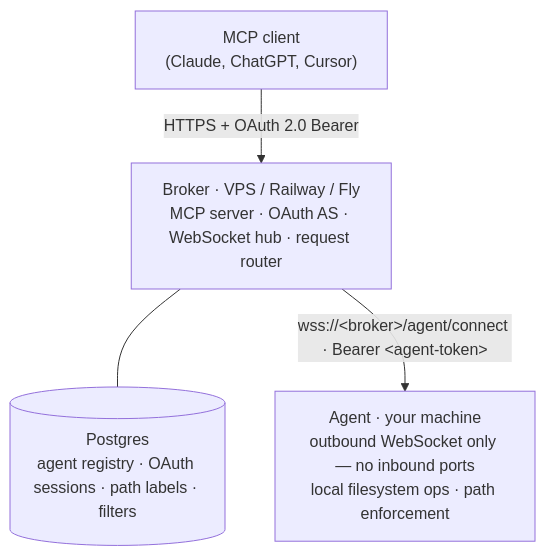
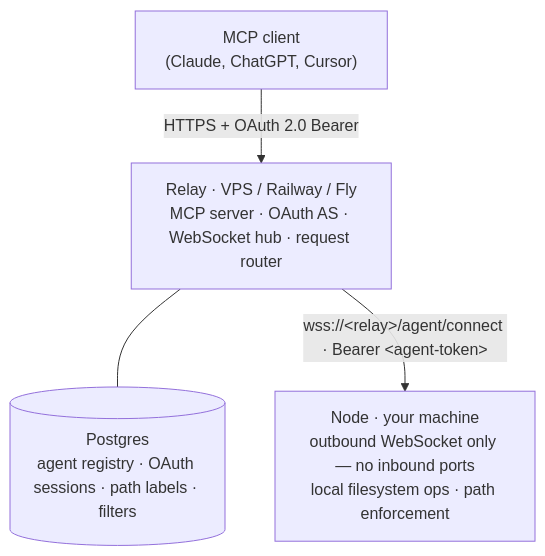
One commit to Mahasamuha/constellation-mcp changed the diagram in docs/architecture.md. Above: the diagram before and after it, drawn with Mermaid. The commit also changed other lines of this file and 262 other files, not shown here.

First line of the commit message:
chore: rename broker->relay, agent->node, shared-agent->hub

````diff
--- a/docs/architecture.md
+++ b/docs/architecture.md
@@ -28,11 +28,11 @@
 ```mermaid
 flowchart TD
     Client["MCP client\n(Claude, ChatGPT, Cursor)"]
-    Broker["Broker · VPS / Railway / Fly\nMCP server · OAuth AS · WebSocket hub · request router"]
+    Relay["Relay · VPS / Railway / Fly\nMCP server · OAuth AS · WebSocket hub · request router"]
     Postgres[("Postgres\nagent registry · OAuth sessions · path labels · filters")]
-    Agent["Agent · your machine\noutbound WebSocket only — no inbound ports\nlocal filesystem ops · path enforcement"]
+    Node["Node · your machine\noutbound WebSocket only — no inbound ports\nlocal filesystem ops · path enforcement"]
 
-    Client -->|"HTTPS + OAuth 2.0 Bearer"| Broker
-    Broker --- Postgres
-    Broker -->|"wss://&lt;broker&gt;/agent/connect · Bearer &lt;agent-token&gt;"| Agent
+    Client -->|"HTTPS + OAuth 2.0 Bearer"| Relay
+    Relay --- Postgres
+    Relay -->|"wss://&lt;relay&gt;/agent/connect · Bearer &lt;agent-token&gt;"| Node
 ```
````
